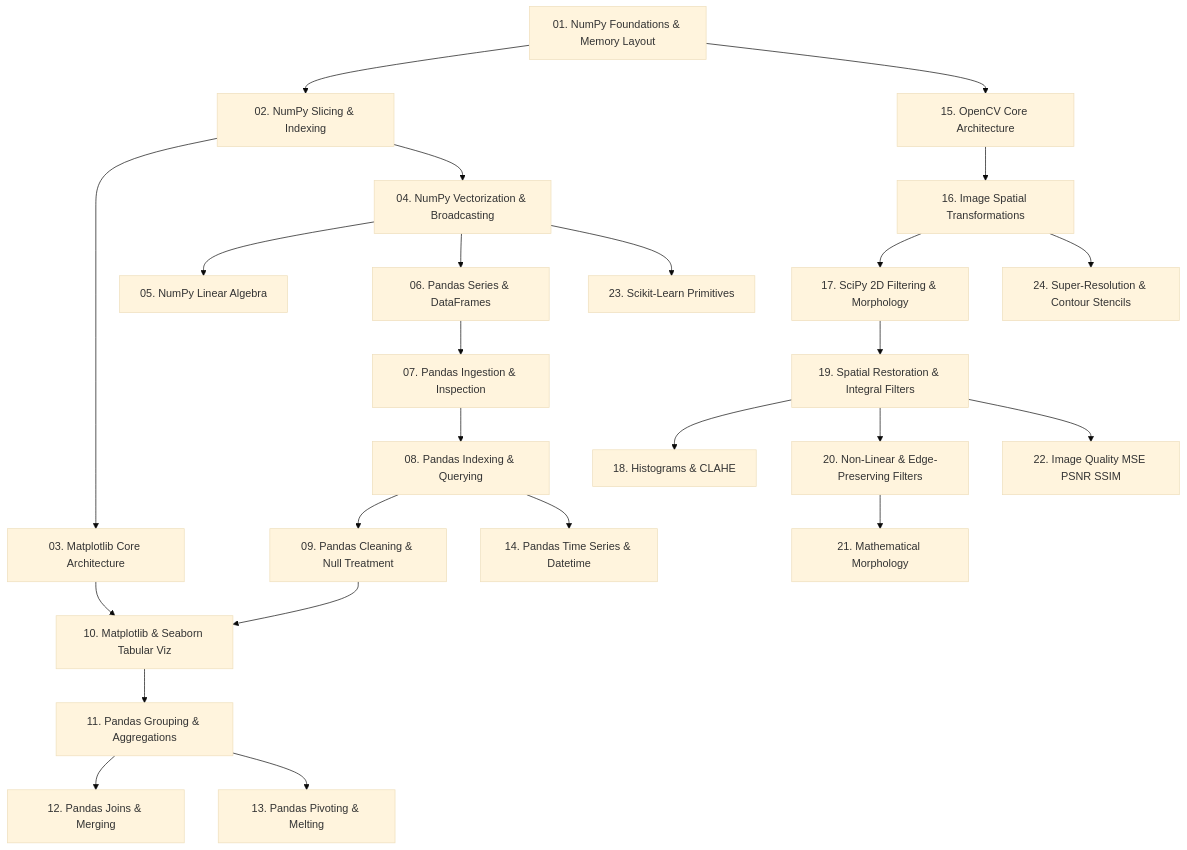
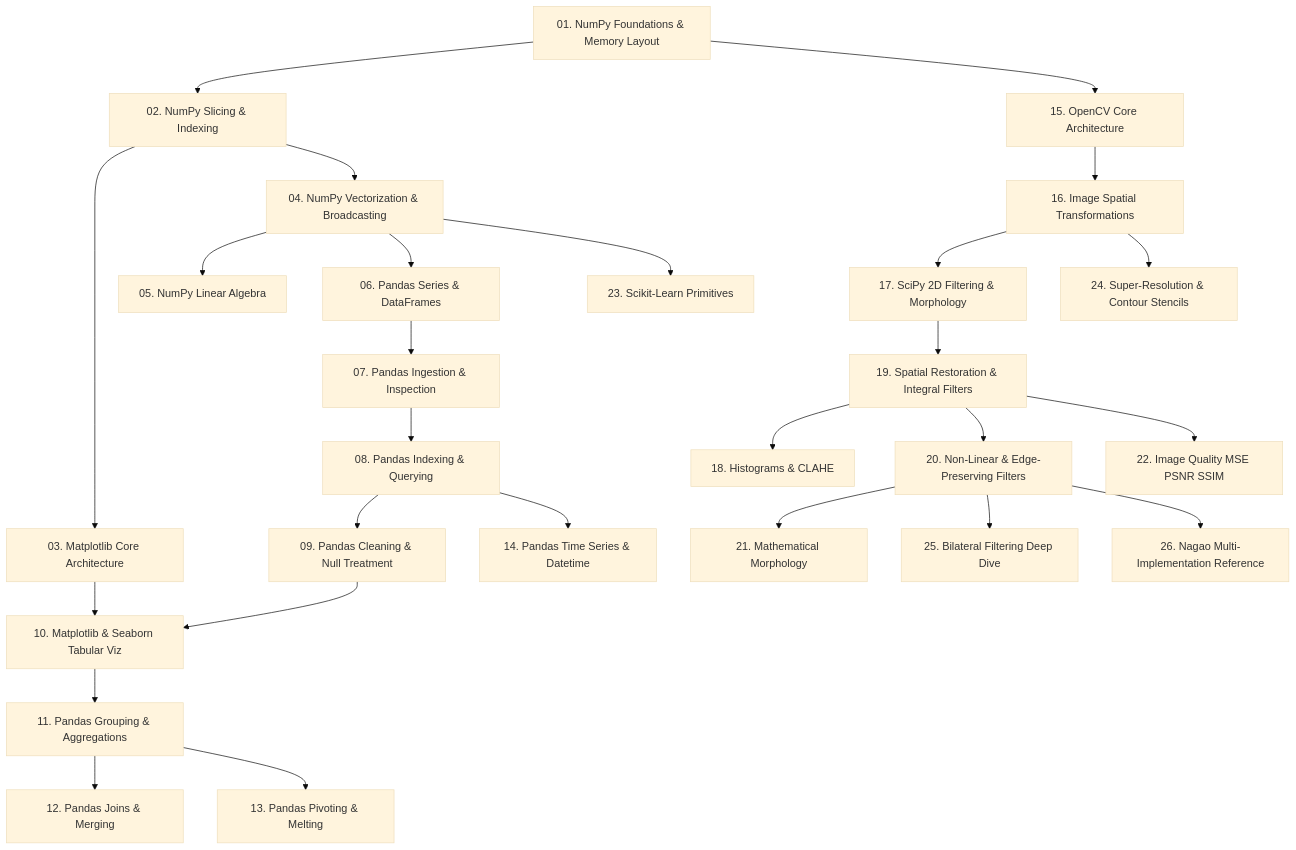
One commit to Vtheonly/UMBB-Advanced-Image-Processing-and-Python-Data-Sceince- changed the diagram in Libraries/00. Library Learning Roadmap.md. Above: the diagram before and after it, drawn with Mermaid (base theme). The commit also changed other lines of this file and 14 other files, not shown here.

````diff
--- a/Libraries/00. Library Learning Roadmap.md
+++ b/Libraries/00. Library Learning Roadmap.md
@@ -6,27 +6,29 @@
 ```mermaid
 graph TD
     L01[01. NumPy Foundations & Memory Layout] --> L02[02. NumPy Slicing & Indexing]
     L02 --> L03[03. Matplotlib Core Architecture]
     L02 --> L04[04. NumPy Vectorization & Broadcasting]
     L04 --> L05[05. NumPy Linear Algebra]
     L04 --> L06[06. Pandas Series & DataFrames]
     L06 --> L07[07. Pandas Ingestion & Inspection]
     L07 --> L08[08. Pandas Indexing & Querying]
     L08 --> L09[09. Pandas Cleaning & Null Treatment]
     L03 --> L10[10. Matplotlib & Seaborn Tabular Viz]
     L09 --> L10
     L10 --> L11[11. Pandas Grouping & Aggregations]
     L11 --> L12[12. Pandas Joins & Merging]
     L11 --> L13[13. Pandas Pivoting & Melting]
     L08 --> L14[14. Pandas Time Series & Datetime]
     L01 --> L15[15. OpenCV Core Architecture]
     L15 --> L16[16. Image Spatial Transformations]
     L16 --> L17[17. SciPy 2D Filtering & Morphology]
     L17 --> L19[19. Spatial Restoration & Integral Filters]
     L19 --> L18[18. Histograms & CLAHE]
     L19 --> L20[20. Non-Linear & Edge-Preserving Filters]
     L20 --> L21[21. Mathematical Morphology]
     L19 --> L22[22. Image Quality MSE PSNR SSIM]
     L04 --> L23[23. Scikit-Learn Primitives]
     L16 --> L24[24. Super-Resolution & Contour Stencils]
+    L20 --> L25[25. Bilateral Filtering Deep Dive]
+    L20 --> L26[26. Nagao Multi-Implementation Reference]
 ```
````
